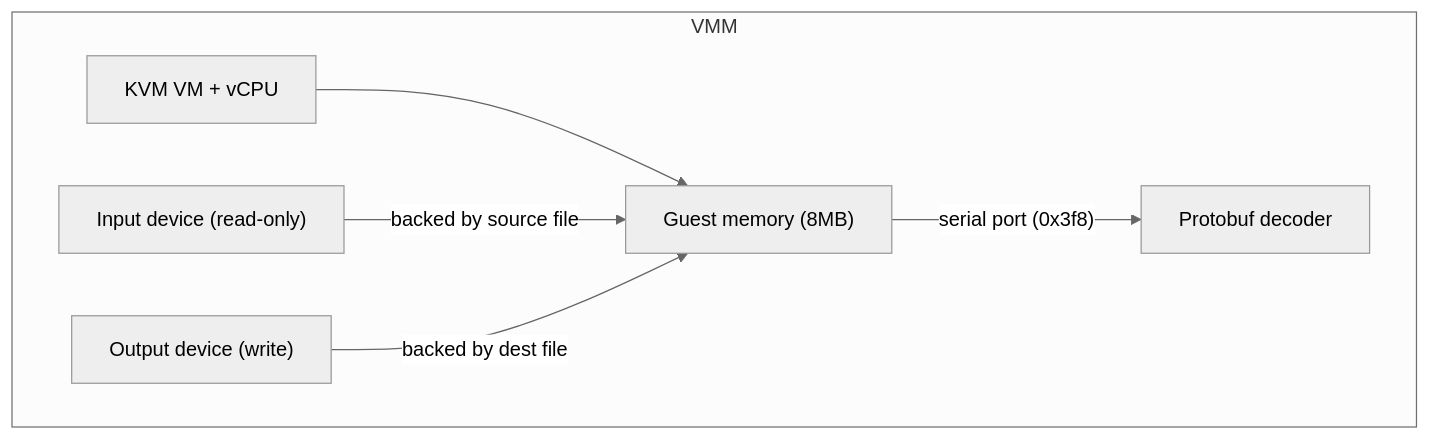
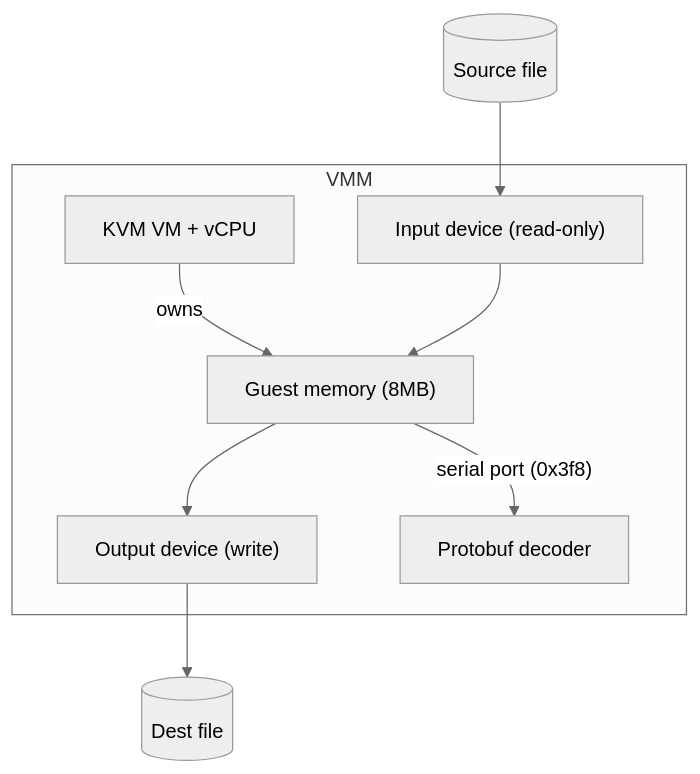
The diagram in docs/prototypes/virtio-block2.md (shakenfist/instar), drawn with Mermaid (neutral theme) before and after one commit. The commit also changed 3 other files, not shown here.

````diff
--- a/docs/prototypes/virtio-block2.md
+++ b/docs/prototypes/virtio-block2.md
@@ -25,14 +25,16 @@
 ```mermaid
 flowchart TB
+    src[("Source file")]
+    dst[("Dest file")]
     subgraph vmm["VMM"]
         kvm["KVM VM + vCPU"]
         indev["Input device (read-only)"]
         outdev["Output device (write)"]
         mem["Guest memory (8MB)"]
         decoder["Protobuf decoder"]
     end
-    kvm --> mem
-    indev -- "backed by source file" --> mem
-    outdev -- "backed by dest file" --> mem
+    kvm -- "owns" --> mem
+    src --> indev --> mem
+    mem --> outdev --> dst
     mem -- "serial port (0x3f8)" --> decoder
 ```
````
